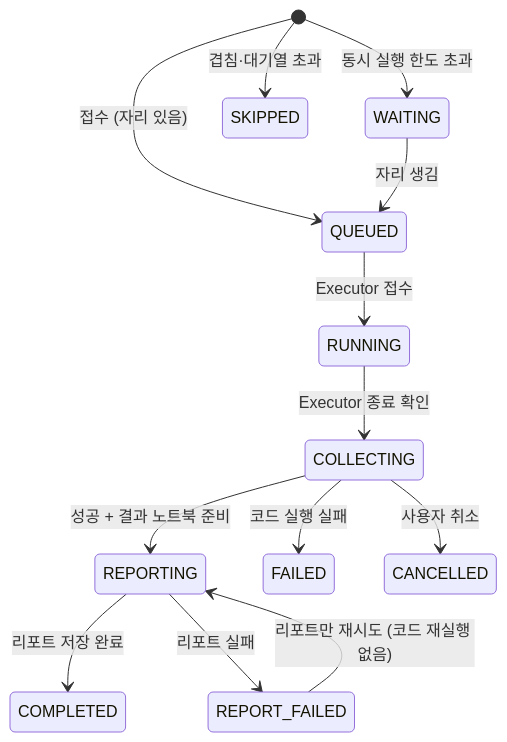
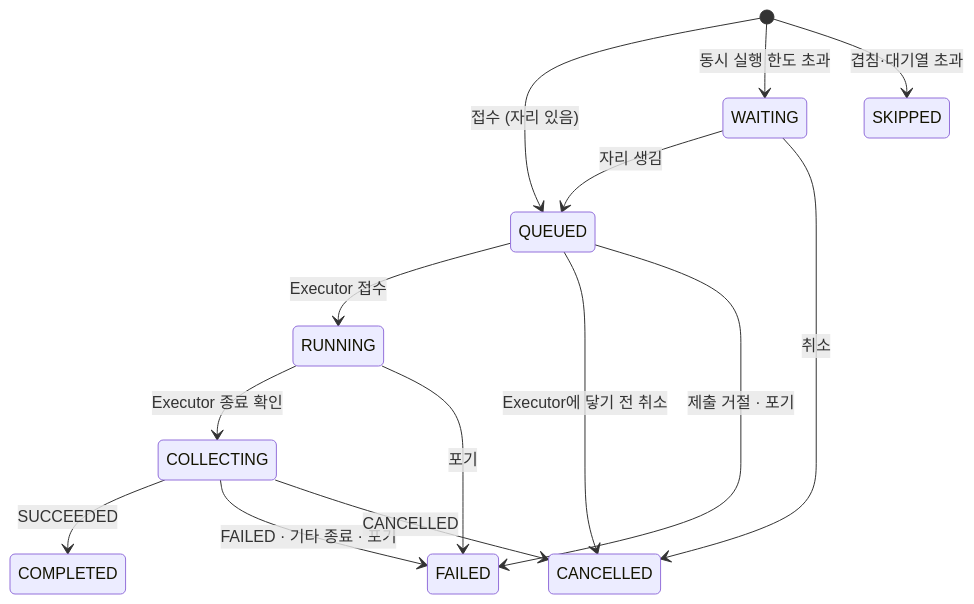
Before and after one commit to KimHwaJin/pr-batch: the second of 2 diagrams in docs/architecture.md, drawn with Mermaid. The commit also changed other lines of this file and 49 other files, not shown here.

````diff
--- a/docs/architecture.md
+++ b/docs/architecture.md
@@ -77,15 +78,16 @@
 ```mermaid
 stateDiagram-v2
     [*] --> QUEUED: 접수 (자리 있음)
     [*] --> WAITING: 동시 실행 한도 초과
     [*] --> SKIPPED: 겹침·대기열 초과
     WAITING --> QUEUED: 자리 생김
+    WAITING --> CANCELLED: 취소
     QUEUED --> RUNNING: Executor 접수
+    QUEUED --> CANCELLED: Executor에 닿기 전 취소
+    QUEUED --> FAILED: 제출 거절 · 포기
     RUNNING --> COLLECTING: Executor 종료 확인
-    COLLECTING --> REPORTING: 성공 + 결과 노트북 준비
-    COLLECTING --> FAILED: 코드 실행 실패
-    COLLECTING --> CANCELLED: 사용자 취소
-    REPORTING --> COMPLETED: 리포트 저장 완료
-    REPORTING --> REPORT_FAILED: 리포트 실패
-    REPORT_FAILED --> REPORTING: 리포트만 재시도 (코드 재실행 없음)
+    RUNNING --> FAILED: 포기
+    COLLECTING --> COMPLETED: SUCCEEDED
+    COLLECTING --> FAILED: FAILED · 기타 종료 · 포기
+    COLLECTING --> CANCELLED: CANCELLED
 ```
````
